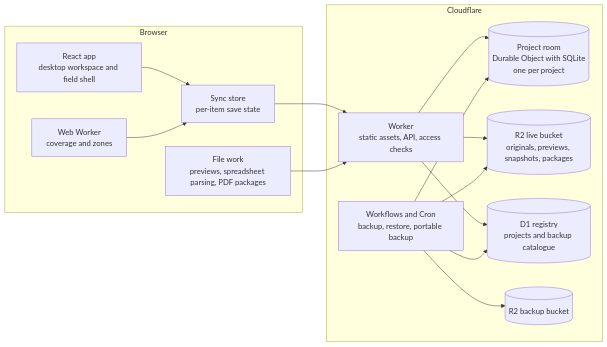
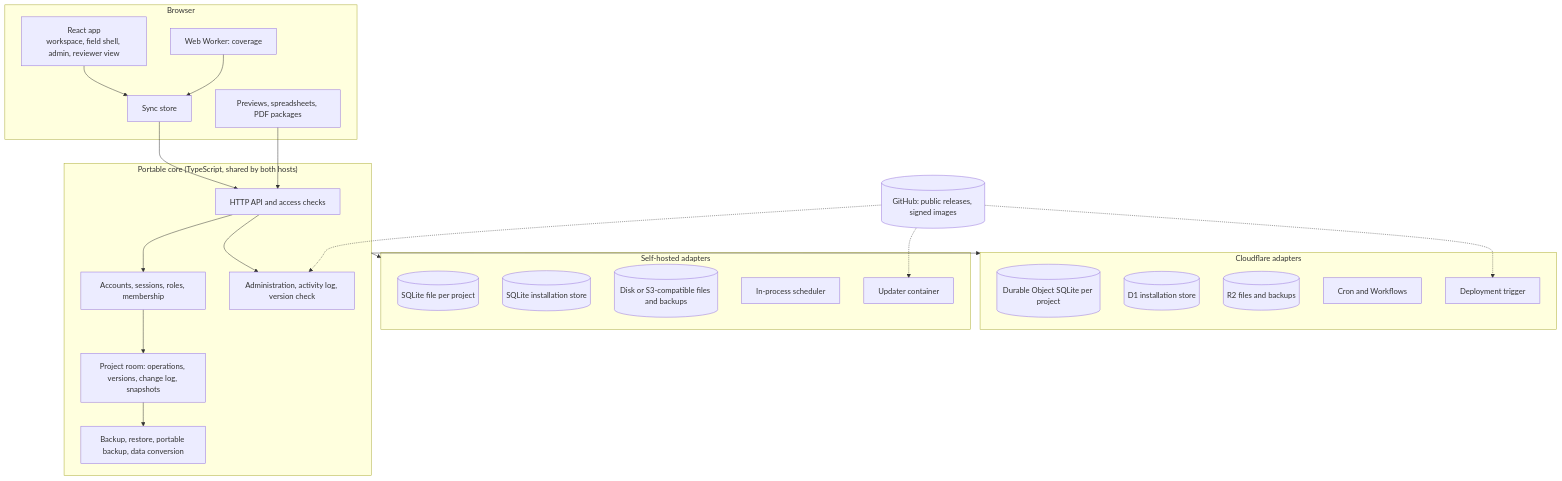
The diagram in _bmad-output/planning-artifacts/architecture/architecture-PhySecDesign-2026-11-18/architecture.md (kingbentley/PhySecDesign), drawn with Mermaid before and after one commit. The commit also changed other lines of this file and 4 other files, not shown here.

First line of the commit message:
Add PRD amendment 1.2 and architecture 2.0 for self-hosting, accounts and updates

````diff
--- a/_bmad-output/planning-artifacts/architecture/architecture-PhySecDesign-2026-11-18/architecture.md
+++ b/_bmad-output/planning-artifacts/architecture/architecture-PhySecDesign-2026-11-18/architecture.md
@@ -68,27 +65,41 @@
 ```mermaid
-flowchart LR
+flowchart TB
   subgraph Browser
-    UI[React app<br/>desktop workspace and field shell]
-    Store[Sync store<br/>per-item save state]
-    Calc[Web Worker<br/>coverage and zones]
-    Files[File work<br/>previews, spreadsheet parsing, PDF packages]
+    UI[React app<br/>workspace, field shell, admin, reviewer view]
+    Store[Sync store]
+    Calc[Web Worker: coverage]
+    Files[Previews, spreadsheets, PDF packages]
   end
-  subgraph Cloudflare
-    W[Worker<br/>static assets, API, access checks]
-    DO[(Project room<br/>Durable Object with SQLite<br/>one per project)]
-    R2[(R2 live bucket<br/>originals, previews, snapshots, packages)]
-    D1[(D1 registry<br/>projects and backup catalogue)]
-    Jobs[Workflows and Cron<br/>backup, restore, portable backup]
-    B[(R2 backup bucket)]
+  subgraph Core["Portable core (TypeScript, shared by both hosts)"]
+    API[HTTP API and access checks]
+    Auth[Accounts, sessions, roles, membership]
+    Room[Project room: operations, versions, change log, snapshots]
+    Jobs[Backup, restore, portable backup, data conversion]
+    Admin[Administration, activity log, version check]
   end
-  UI --> Store --> W
+  subgraph CF["Cloudflare adapters"]
+    DO[(Durable Object SQLite per project)]
+    D1[(D1 installation store)]
+    R2[(R2 files and backups)]
+    WF[Cron and Workflows]
+    Deploy[Deployment trigger]
+  end
+  subgraph Node["Self-hosted adapters"]
+    SQ[(SQLite file per project)]
+    IS[(SQLite installation store)]
+    FS[(Disk or S3-compatible files and backups)]
+    Sch[In-process scheduler]
+    Upd[Updater container]
+  end
+  UI --> Store --> API
   Calc --> Store
-  Files --> W
-  W --> DO
-  W --> R2
-  W --> D1
-  Jobs --> DO
-  Jobs --> R2
-  Jobs --> B
-  Jobs --> D1
+  Files --> API
+  API --> Auth --> Room
+  API --> Admin
+  Room --> Jobs
+  Core --> CF
+  Core --> Node
+  GH[(GitHub: public releases, signed images)] -.-> Admin
+  GH -.-> Upd
+  GH -.-> Deploy
 ```
````
